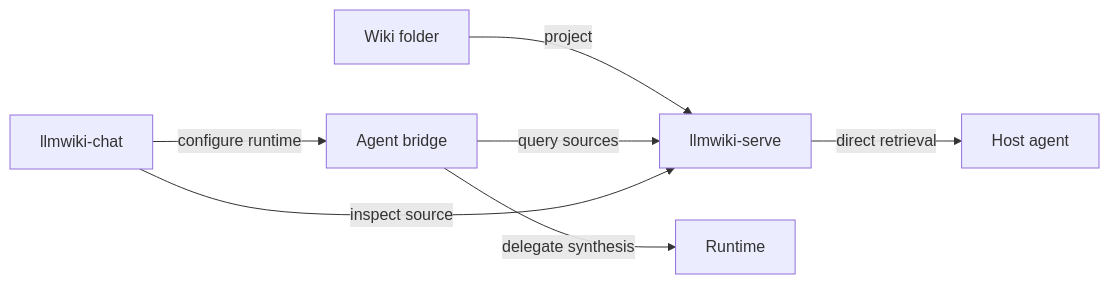
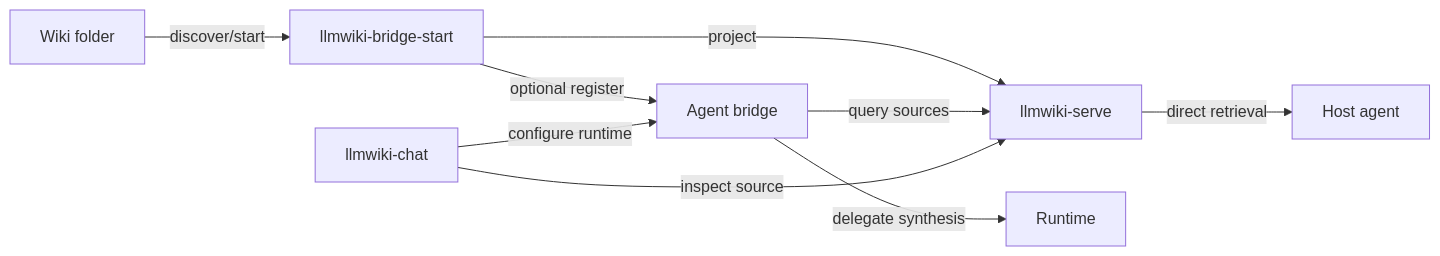
Before and after one commit to knowledge-bridge-labs/llmwiki-docs: the diagram in docs/index.md, drawn with Mermaid. The commit also changed other lines of this file and 9 other files, not shown here.

````diff
--- a/docs/index.md
+++ b/docs/index.md
@@ -174,16 +180,19 @@
 ```mermaid
 flowchart LR
   wiki["Wiki folder"]
+  start["llmwiki-bridge-start"]
   serve["llmwiki-serve"]
   agent["Host agent"]
   bridge["Agent bridge"]
   runtime["Runtime"]
   chat["llmwiki-chat"]
 
-  wiki -->|project| serve
+  wiki -->|discover/start| start
+  start -->|project| serve
+  start -->|optional register| bridge
   serve -->|direct retrieval| agent
   bridge -->|query sources| serve
   bridge -->|delegate synthesis| runtime
   chat -->|configure runtime| bridge
   chat -->|inspect source| serve
 ```
````
